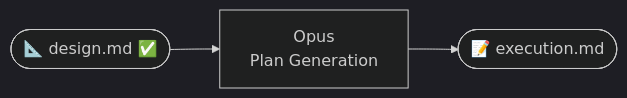
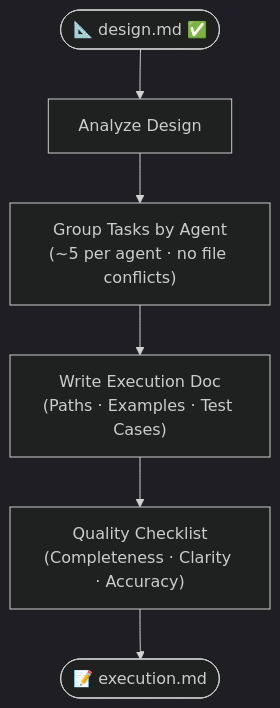
One commit to skillsets-cc/main changed the fifth of 8 diagrams in skillsets/@supercollectible/Valence/content/README.md. Above: the diagram before and after it, drawn with Mermaid. The commit also changed other lines of this file and 1 other file, not shown here.

````diff
--- a/skillsets/@supercollectible/Valence/content/README.md
+++ b/skillsets/@supercollectible/Valence/content/README.md
@@ -159,6 +163,10 @@
 ```mermaid
 %%{init: {'theme': 'dark'}}%%
-flowchart LR
-    design(["📐 design.md ✅"]) --> plan["Opus\nPlan Generation"]
-    plan --> exec(["📝 execution.md"])
+flowchart TB
+    design(["📐 design.md ✅"])
+    design --> analyze["Analyze Design"]
+    analyze --> group["Group Tasks by Agent<br/>(~5 per agent · no file conflicts)"]
+    group --> write["Write Execution Doc<br/>(Paths · Examples · Test Cases)"]
+    write --> check["Quality Checklist<br/>(Completeness · Clarity · Accuracy)"]
+    check --> exec(["📝 execution.md"])
 ```
````
